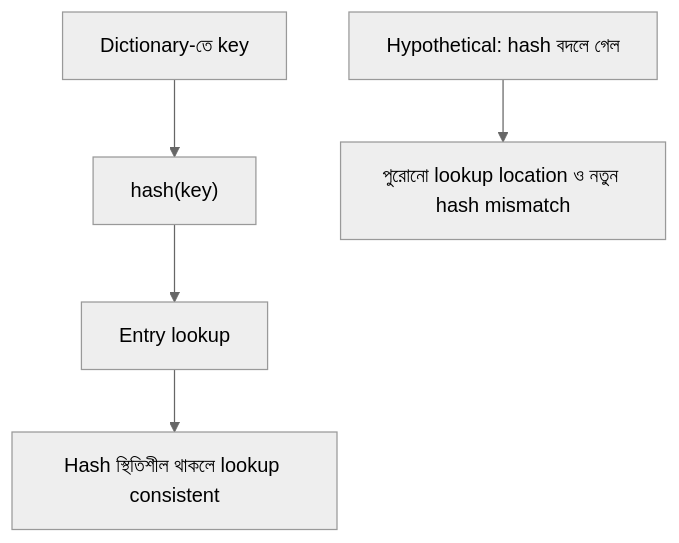
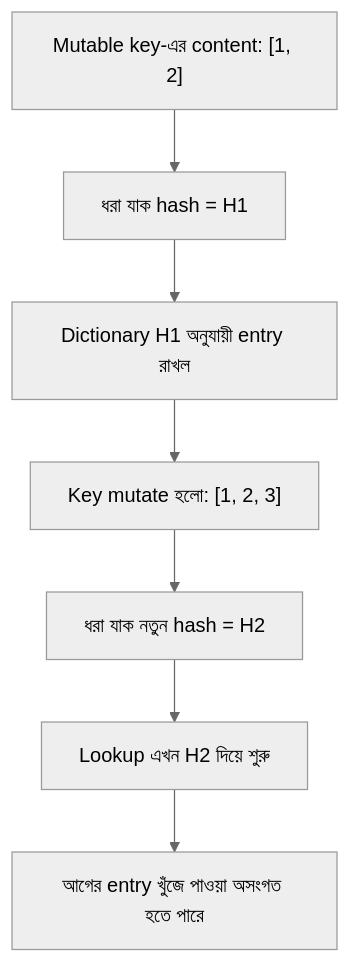
Before and after one commit to shomi-khan/preparation: diagram 11 of 16 in day1/01-python-fundamentals/README.md, drawn with Mermaid (neutral theme). The commit also changed other lines of this file, not shown here.

Commit message:
Deepen Python dictionary and hashability explanations

```diff
--- a/day1/01-python-fundamentals/README.md
+++ b/day1/01-python-fundamentals/README.md
@@ -378,7 +460,9 @@
 ~~~mermaid
 flowchart TD
-    A["Dictionary-তে key"] --> B["hash(key)"]
-    B --> C["Entry lookup"]
-    C --> D["Hash স্থিতিশীল থাকলে lookup consistent"]
-    E["Hypothetical: hash বদলে গেল"] --> F["পুরোনো lookup location ও নতুন hash mismatch"]
+    A["Mutable key-এর content: [1, 2]"] --> B["ধরা যাক hash = H1"]
+    B --> C["Dictionary H1 অনুযায়ী entry রাখল"]
+    C --> D["Key mutate হলো: [1, 2, 3]"]
+    D --> E["ধরা যাক নতুন hash = H2"]
+    E --> F["Lookup এখন H2 দিয়ে শুরু"]
+    F --> G["আগের entry খুঁজে পাওয়া অসংগত হতে পারে"]
 ~~~
```
